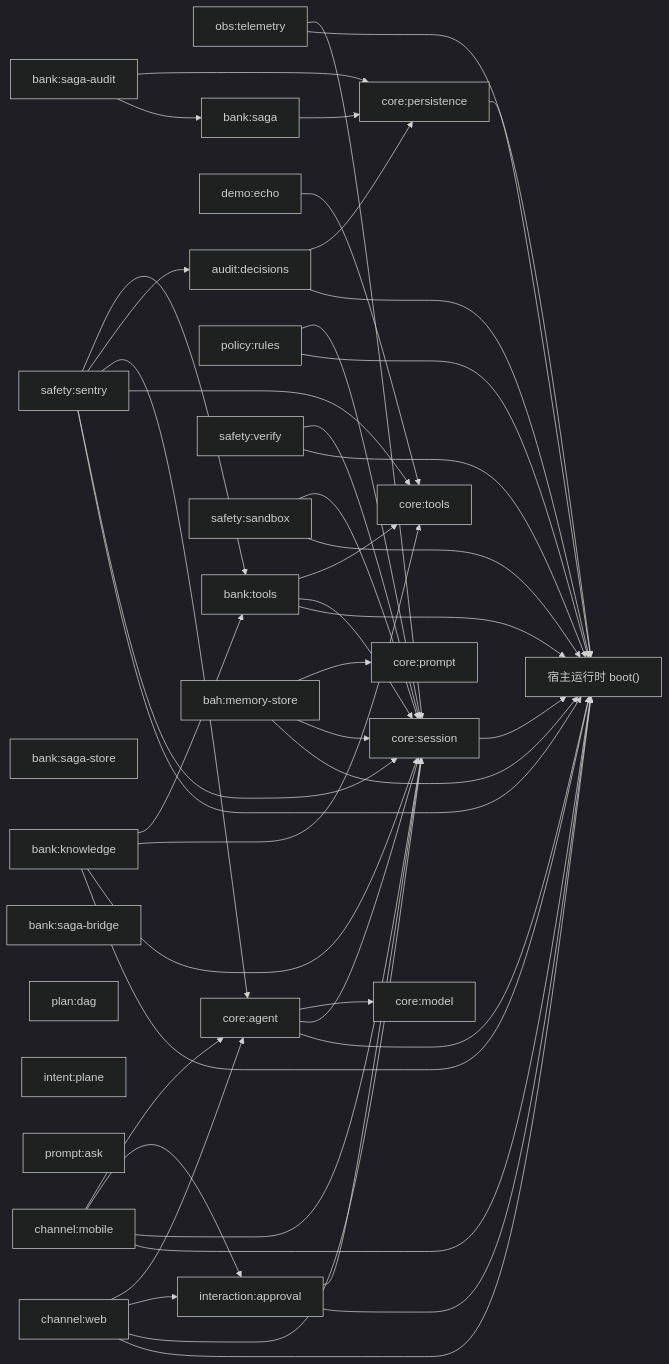
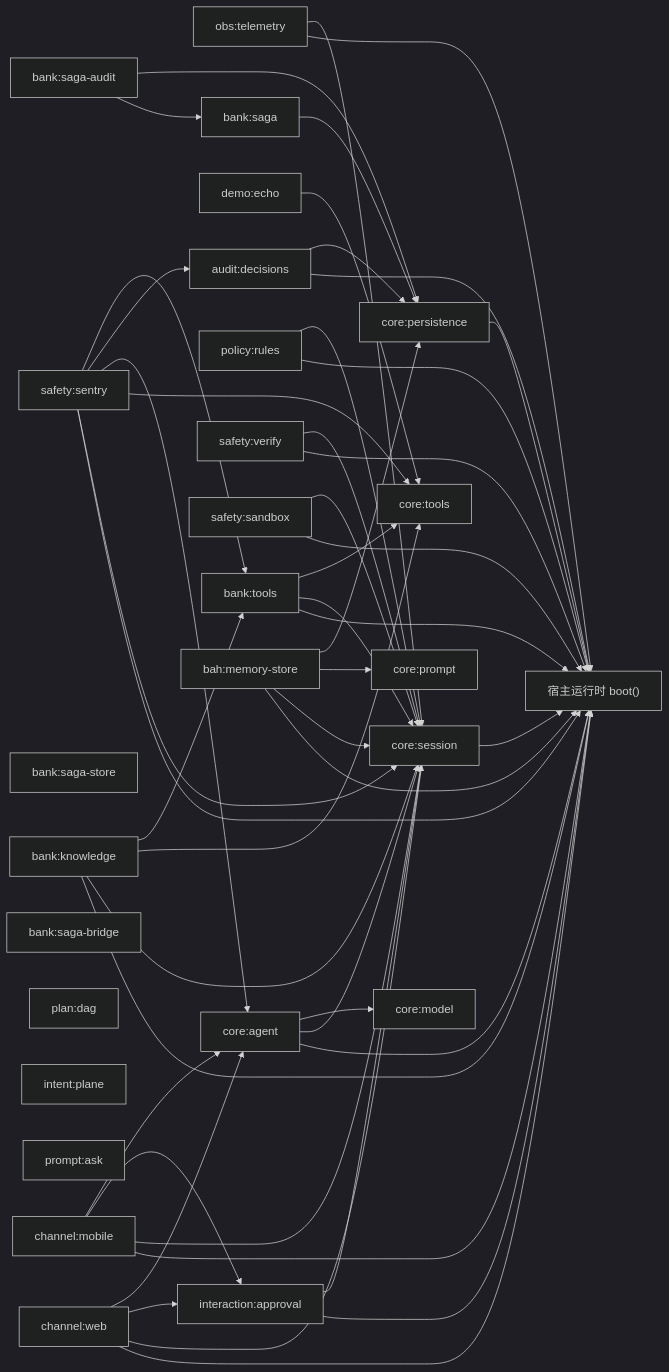
One commit to YYYPROBEE/BAH changed the first of 2 diagrams in docs/architecture.md. Above: the diagram before and after it, drawn with Mermaid (dark theme). The commit also changed other lines of this file and 11 other files, not shown here.

````diff
--- a/docs/architecture.md
+++ b/docs/architecture.md
@@ -76,74 +76,75 @@
 ```mermaid
 graph LR
   p0["core:session"]
   p1["obs:telemetry"]
   p2["core:tools"]
   p3["core:prompt"]
   p4["core:model"]
   p5["core:agent"]
   p6["core:persistence"]
   p7["audit:decisions"]
   p8["demo:echo"]
   p9["bank:tools"]
   p10["policy:rules"]
   p11["bank:knowledge"]
   p12["interaction:approval"]
   p13["safety:sentry"]
   p14["safety:verify"]
   p15["safety:sandbox"]
   p16["bank:saga-store"]
   p17["bank:saga"]
   p18["bank:saga-audit"]
   p19["bank:saga-bridge"]
   p20["plan:dag"]
   p21["bah:memory-store"]
   p22["intent:plane"]
   p23["prompt:ask"]
   p24["channel:web"]
   p25["channel:mobile"]
   p0 --> host["宿主运行时 boot()"]
   p1 --> host["宿主运行时 boot()"]
   p1 --> p0
   p10 --> host["宿主运行时 boot()"]
   p10 --> p0
   p11 --> host["宿主运行时 boot()"]
   p11 --> p0
   p11 --> p2
   p11 --> p9
   p12 --> host["宿主运行时 boot()"]
   p12 --> p0
   p13 --> host["宿主运行时 boot()"]
   p13 --> p0
   p13 --> p2
   p13 --> p5
   p13 --> p7
   p13 --> p9
   p14 --> host["宿主运行时 boot()"]
   p14 --> p0
   p15 --> host["宿主运行时 boot()"]
   p15 --> p0
   p17 --> p6
   p18 --> p17
   p18 --> p6
   p21 --> host["宿主运行时 boot()"]
   p21 --> p0
   p21 --> p3
+  p21 --> p6
   p24 --> host["宿主运行时 boot()"]
   p24 --> p0
   p24 --> p12
   p24 --> p5
   p25 --> host["宿主运行时 boot()"]
   p25 --> p0
   p25 --> p12
   p25 --> p5
   p5 --> host["宿主运行时 boot()"]
   p5 --> p0
   p5 --> p4
   p6 --> host["宿主运行时 boot()"]
   p7 --> host["宿主运行时 boot()"]
   p7 --> p6
   p8 --> p2
   p9 --> host["宿主运行时 boot()"]
   p9 --> p0
   p9 --> p2
 ```
````
